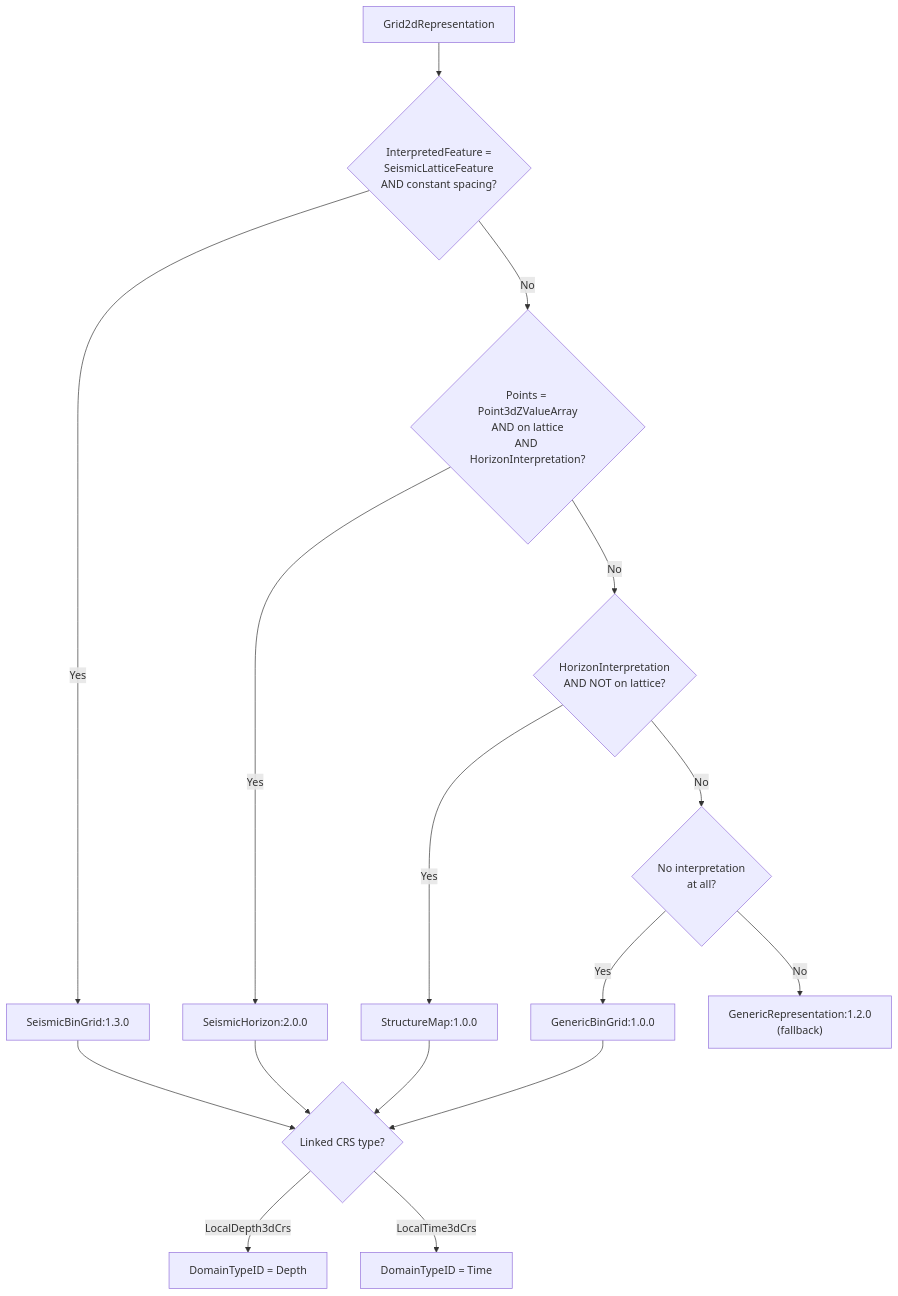
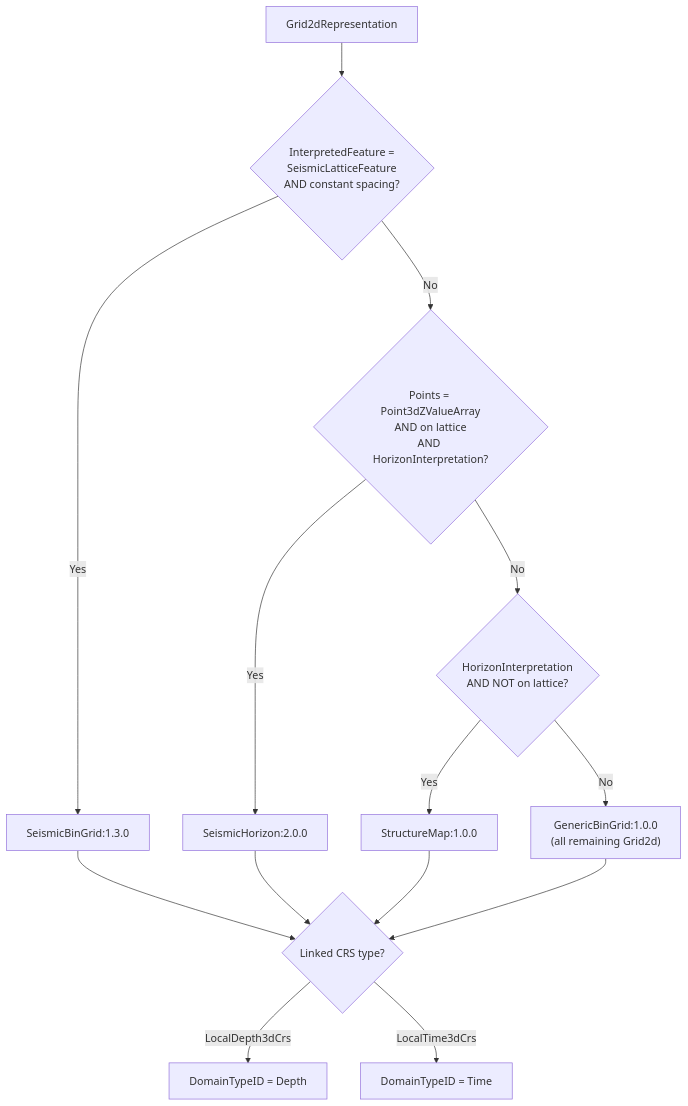
Before and after one commit to marcusapel/open-etp-client: the third of 4 diagrams in ResqmlOsduGuide.md, drawn with Mermaid. The commit also changed other lines of this file and 4 other files, not shown here.

First line of the commit message:
feat: widen GenericBinGrid to catch all remaining Grid2d cases

````diff
--- a/ResqmlOsduGuide.md
+++ b/ResqmlOsduGuide.md
@@ -236,16 +236,14 @@
 ```mermaid
 flowchart TD
     G2D["Grid2dRepresentation"] --> Q1{"InterpretedFeature =<br/>SeismicLatticeFeature<br/>AND constant spacing?"}
     Q1 -->|Yes| K1["SeismicBinGrid:1.3.0"]
     Q1 -->|No| Q2{"Points = Point3dZValueArray<br/>AND on lattice<br/>AND HorizonInterpretation?"}
     Q2 -->|Yes| K2["SeismicHorizon:2.0.0"]
     Q2 -->|No| Q3{"HorizonInterpretation<br/>AND NOT on lattice?"}
     Q3 -->|Yes| K3["StructureMap:1.0.0"]
-    Q3 -->|No| Q4{"No interpretation<br/>at all?"}
-    Q4 -->|Yes| K4["GenericBinGrid:1.0.0"]
-    Q4 -->|No| K5["GenericRepresentation:1.2.0<br/>(fallback)"]
+    Q3 -->|No| K4["GenericBinGrid:1.0.0<br/>(all remaining Grid2d)"]
 
     K1 & K2 & K3 & K4 --> CRS{"Linked CRS type?"}
     CRS -->|"LocalDepth3dCrs"| Depth["DomainTypeID = Depth"]
     CRS -->|"LocalTime3dCrs"| Time["DomainTypeID = Time"]
 ```
````
